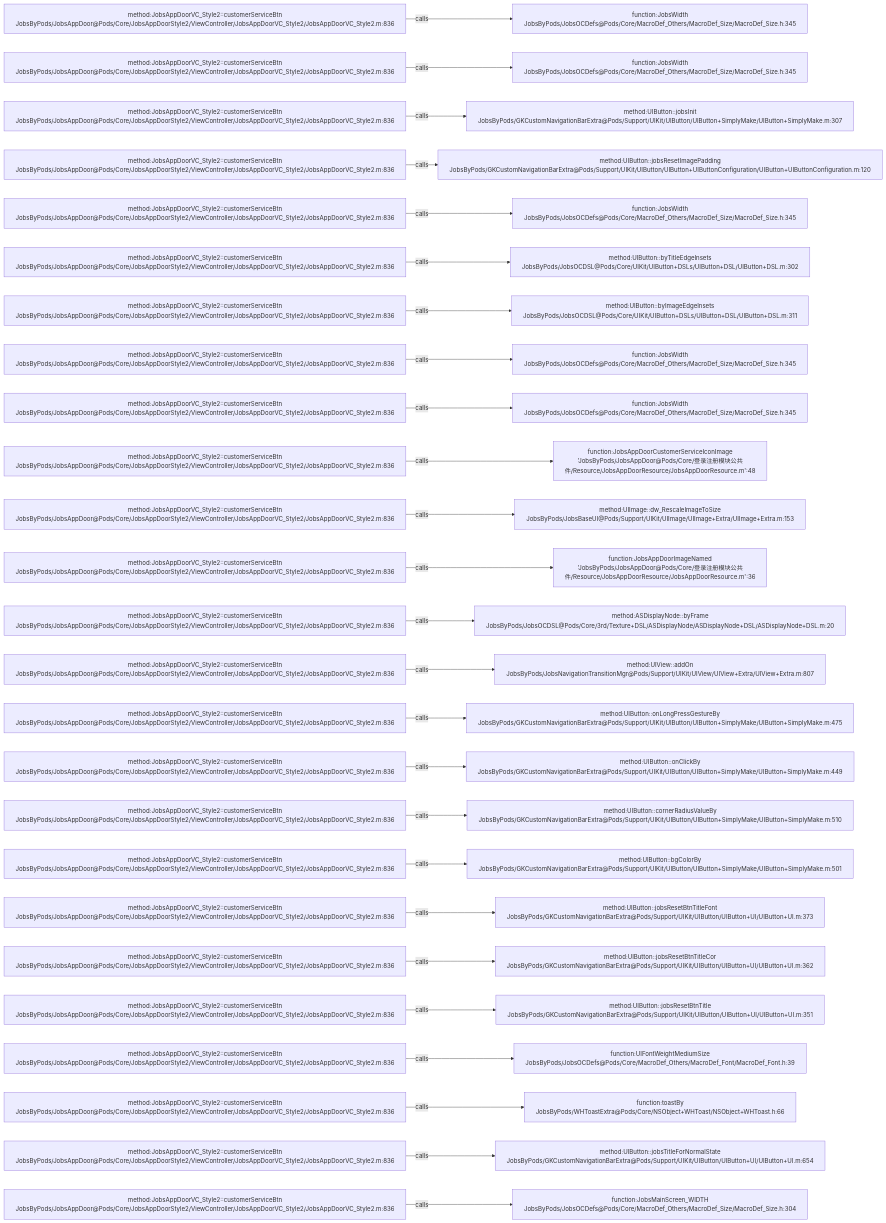
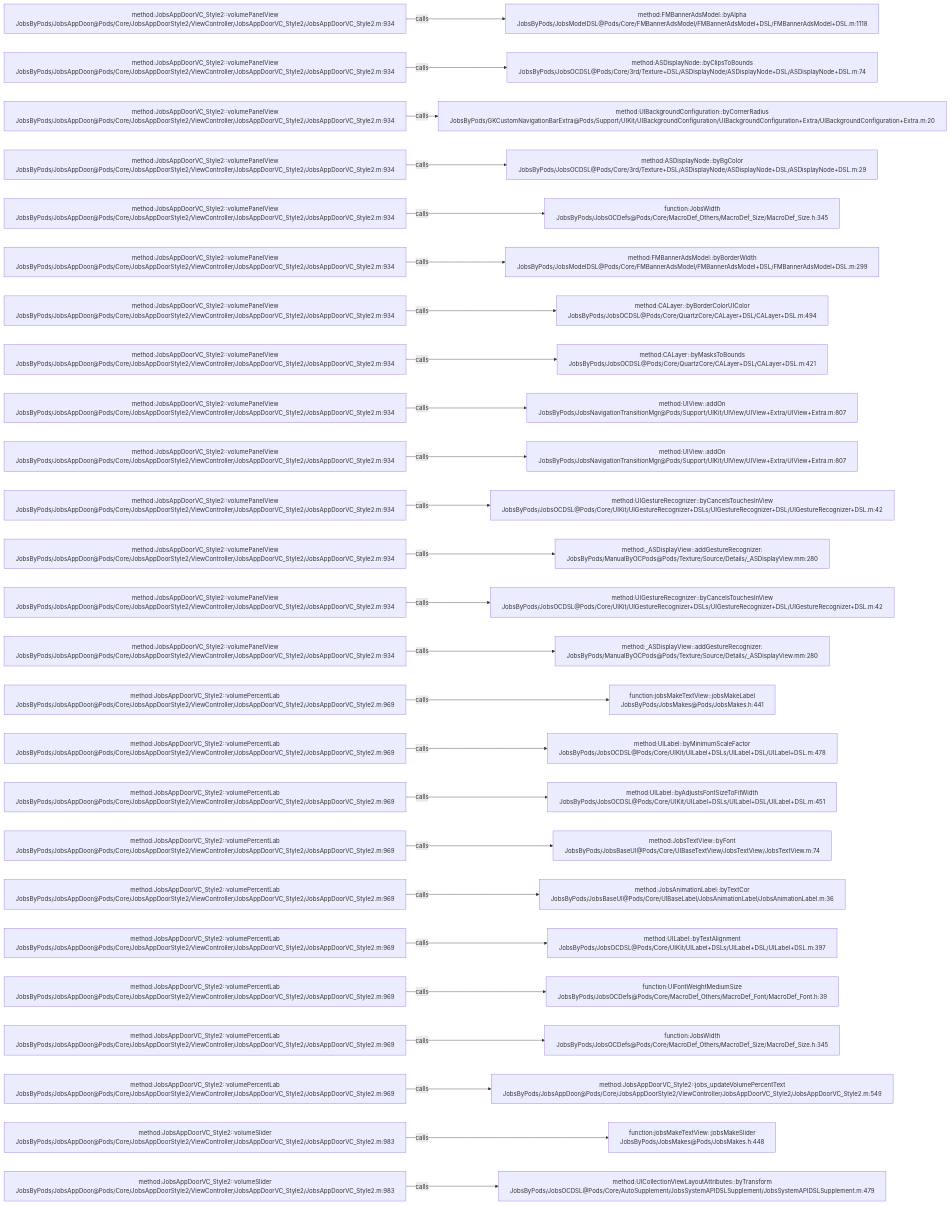
One commit to JobsKits/JobsOCBaseConfigDemo changed the diagram in .codegraph/codegraph.md/graphs/calls-146.md. Above: the diagram before and after it, drawn with Mermaid. The commit also changed 223 other files, not shown here.

````diff
--- a/.codegraph/codegraph.md/graphs/calls-146.md
+++ b/.codegraph/codegraph.md/graphs/calls-146.md
@@ -13,78 +13,78 @@
 ```mermaid
 flowchart LR
-  S1["method:JobsAppDoorVC_Style2::customerServiceBtn<br/>JobsByPods/JobsAppDoor@Pods/Core/JobsAppDoorStyle2/ViewController/JobsAppDoorVC_Style2/JobsAppDoorVC_Style2.m:836"]
-  T1["function:JobsWidth<br/>JobsByPods/JobsOCDefs@Pods/Core/MacroDef_Others/MacroDef_Size/MacroDef_Size.h:345"]
+  S1["method:JobsAppDoorVC_Style2::volumePanelView<br/>JobsByPods/JobsAppDoor@Pods/Core/JobsAppDoorStyle2/ViewController/JobsAppDoorVC_Style2/JobsAppDoorVC_Style2.m:934"]
+  T1["method:FMBannerAdsModel::byAlpha<br/>JobsByPods/JobsModelDSL@Pods/Core/FMBannerAdsModel/FMBannerAdsModel+DSL/FMBannerAdsModel+DSL.m:1118"]
   S1 -->|calls| T1
-  S2["method:JobsAppDoorVC_Style2::customerServiceBtn<br/>JobsByPods/JobsAppDoor@Pods/Core/JobsAppDoorStyle2/ViewController/JobsAppDoorVC_Style2/JobsAppDoorVC_Style2.m:836"]
-  T2["function:JobsWidth<br/>JobsByPods/JobsOCDefs@Pods/Core/MacroDef_Others/MacroDef_Size/MacroDef_Size.h:345"]
+  S2["method:JobsAppDoorVC_Style2::volumePanelView<br/>JobsByPods/JobsAppDoor@Pods/Core/JobsAppDoorStyle2/ViewController/JobsAppDoorVC_Style2/JobsAppDoorVC_Style2.m:934"]
+  T2["method:ASDisplayNode::byClipsToBounds<br/>JobsByPods/JobsOCDSL@Pods/Core/3rd/Texture+DSL/ASDisplayNode/ASDisplayNode+DSL/ASDisplayNode+DSL.m:74"]
   S2 -->|calls| T2
-  S3["method:JobsAppDoorVC_Style2::customerServiceBtn<br/>JobsByPods/JobsAppDoor@Pods/Core/JobsAppDoorStyle2/ViewController/JobsAppDoorVC_Style2/JobsAppDoorVC_Style2.m:836"]
-  T3["method:UIButton::jobsInit<br/>JobsByPods/GKCustomNavigationBarExtra@Pods/Support/UIKit/UIButton/UIButton+SimplyMake/UIButton+SimplyMake.m:307"]
+  S3["method:JobsAppDoorVC_Style2::volumePanelView<br/>JobsByPods/JobsAppDoor@Pods/Core/JobsAppDoorStyle2/ViewController/JobsAppDoorVC_Style2/JobsAppDoorVC_Style2.m:934"]
+  T3["method:UIBackgroundConfiguration::byCornerRadius<br/>JobsByPods/GKCustomNavigationBarExtra@Pods/Support/UIKit/UIBackgroundConfiguration/UIBackgroundConfiguration+Extra/UIBackgroundConfiguration+Extra.m:20"]
   S3 -->|calls| T3
-  S4["method:JobsAppDoorVC_Style2::customerServiceBtn<br/>JobsByPods/JobsAppDoor@Pods/Core/JobsAppDoorStyle2/ViewController/JobsAppDoorVC_Style2/JobsAppDoorVC_Style2.m:836"]
-  T4["method:UIButton::jobsResetImagePadding<br/>JobsByPods/GKCustomNavigationBarExtra@Pods/Support/UIKit/UIButton/UIButton+UIButtonConfiguration/UIButton+UIButtonConfiguration.m:120"]
+  S4["method:JobsAppDoorVC_Style2::volumePanelView<br/>JobsByPods/JobsAppDoor@Pods/Core/JobsAppDoorStyle2/ViewController/JobsAppDoorVC_Style2/JobsAppDoorVC_Style2.m:934"]
+  T4["method:ASDisplayNode::byBgColor<br/>JobsByPods/JobsOCDSL@Pods/Core/3rd/Texture+DSL/ASDisplayNode/ASDisplayNode+DSL/ASDisplayNode+DSL.m:29"]
   S4 -->|calls| T4
-  S5["method:JobsAppDoorVC_Style2::customerServiceBtn<br/>JobsByPods/JobsAppDoor@Pods/Core/JobsAppDoorStyle2/ViewController/JobsAppDoorVC_Style2/JobsAppDoorVC_Style2.m:836"]
+  S5["method:JobsAppDoorVC_Style2::volumePanelView<br/>JobsByPods/JobsAppDoor@Pods/Core/JobsAppDoorStyle2/ViewController/JobsAppDoorVC_Style2/JobsAppDoorVC_Style2.m:934"]
   T5["function:JobsWidth<br/>JobsByPods/JobsOCDefs@Pods/Core/MacroDef_Others/MacroDef_Size/MacroDef_Size.h:345"]
   S5 -->|calls| T5
-  S6["method:JobsAppDoorVC_Style2::customerServiceBtn<br/>JobsByPods/JobsAppDoor@Pods/Core/JobsAppDoorStyle2/ViewController/JobsAppDoorVC_Style2/JobsAppDoorVC_Style2.m:836"]
-  T6["method:UIButton::byTitleEdgeInsets<br/>JobsByPods/JobsOCDSL@Pods/Core/UIKit/UIButton+DSLs/UIButton+DSL/UIButton+DSL.m:302"]
+  S6["method:JobsAppDoorVC_Style2::volumePanelView<br/>JobsByPods/JobsAppDoor@Pods/Core/JobsAppDoorStyle2/ViewController/JobsAppDoorVC_Style2/JobsAppDoorVC_Style2.m:934"]
+  T6["method:FMBannerAdsModel::byBorderWidth<br/>JobsByPods/JobsModelDSL@Pods/Core/FMBannerAdsModel/FMBannerAdsModel+DSL/FMBannerAdsModel+DSL.m:299"]
   S6 -->|calls| T6
-  S7["method:JobsAppDoorVC_Style2::customerServiceBtn<br/>JobsByPods/JobsAppDoor@Pods/Core/JobsAppDoorStyle2/ViewController/JobsAppDoorVC_Style2/JobsAppDoorVC_Style2.m:836"]
-  T7["method:UIButton::byImageEdgeInsets<br/>JobsByPods/JobsOCDSL@Pods/Core/UIKit/UIButton+DSLs/UIButton+DSL/UIButton+DSL.m:311"]
+  S7["method:JobsAppDoorVC_Style2::volumePanelView<br/>JobsByPods/JobsAppDoor@Pods/Core/JobsAppDoorStyle2/ViewController/JobsAppDoorVC_Style2/JobsAppDoorVC_Style2.m:934"]
+  T7["method:CALayer::byBorderColorUIColor<br/>JobsByPods/JobsOCDSL@Pods/Core/QuartzCore/CALayer+DSL/CALayer+DSL.m:494"]
   S7 -->|calls| T7
-  S8["method:JobsAppDoorVC_Style2::customerServiceBtn<br/>JobsByPods/JobsAppDoor@Pods/Core/JobsAppDoorStyle2/ViewController/JobsAppDoorVC_Style2/JobsAppDoorVC_Style2.m:836"]
-  T8["function:JobsWidth<br/>JobsByPods/JobsOCDefs@Pods/Core/MacroDef_Others/MacroDef_Size/MacroDef_Size.h:345"]
+  S8["method:JobsAppDoorVC_Style2::volumePanelView<br/>JobsByPods/JobsAppDoor@Pods/Core/JobsAppDoorStyle2/ViewController/JobsAppDoorVC_Style2/JobsAppDoorVC_Style2.m:934"]
+  T8["method:CALayer::byMasksToBounds<br/>JobsByPods/JobsOCDSL@Pods/Core/QuartzCore/CALayer+DSL/CALayer+DSL.m:421"]
   S8 -->|calls| T8
-  S9["method:JobsAppDoorVC_Style2::customerServiceBtn<br/>JobsByPods/JobsAppDoor@Pods/Core/JobsAppDoorStyle2/ViewController/JobsAppDoorVC_Style2/JobsAppDoorVC_Style2.m:836"]
-  T9["function:JobsWidth<br/>JobsByPods/JobsOCDefs@Pods/Core/MacroDef_Others/MacroDef_Size/MacroDef_Size.h:345"]
+  S9["method:JobsAppDoorVC_Style2::volumePanelView<br/>JobsByPods/JobsAppDoor@Pods/Core/JobsAppDoorStyle2/ViewController/JobsAppDoorVC_Style2/JobsAppDoorVC_Style2.m:934"]
+  T9["method:UIView::addOn<br/>JobsByPods/JobsNavigationTransitionMgr@Pods/Support/UIKit/UIView/UIView+Extra/UIView+Extra.m:807"]
   S9 -->|calls| T9
-  S10["method:JobsAppDoorVC_Style2::customerServiceBtn<br/>JobsByPods/JobsAppDoor@Pods/Core/JobsAppDoorStyle2/ViewController/JobsAppDoorVC_Style2/JobsAppDoorVC_Style2.m:836"]
-  T10["function:JobsAppDoorCustomerServiceIconImage<br/>'JobsByPods/JobsAppDoor@Pods/Core/登录注册模块公共件/Resource/JobsAppDoorResource/JobsAppDoorResource.m':48"]
+  S10["method:JobsAppDoorVC_Style2::volumePanelView<br/>JobsByPods/JobsAppDoor@Pods/Core/JobsAppDoorStyle2/ViewController/JobsAppDoorVC_Style2/JobsAppDoorVC_Style2.m:934"]
+  T10["method:UIView::addOn<br/>JobsByPods/JobsNavigationTransitionMgr@Pods/Support/UIKit/UIView/UIView+Extra/UIView+Extra.m:807"]
   S10 -->|calls| T10
-  S11["method:JobsAppDoorVC_Style2::customerServiceBtn<br/>JobsByPods/JobsAppDoor@Pods/Core/JobsAppDoorStyle2/ViewController/JobsAppDoorVC_Style2/JobsAppDoorVC_Style2.m:836"]
-  T11["method:UIImage::dw_RescaleImageToSize<br/>JobsByPods/JobsBaseUI@Pods/Support/UIKit/UIImage/UIImage+Extra/UIImage+Extra.m:153"]
+  S11["method:JobsAppDoorVC_Style2::volumePanelView<br/>JobsByPods/JobsAppDoor@Pods/Core/JobsAppDoorStyle2/ViewController/JobsAppDoorVC_Style2/JobsAppDoorVC_Style2.m:934"]
+  T11["method:UIGestureRecognizer::byCancelsTouchesInView<br/>JobsByPods/JobsOCDSL@Pods/Core/UIKit/UIGestureRecognizer+DSLs/UIGestureRecognizer+DSL/UIGestureRecognizer+DSL.m:42"]
   S11 -->|calls| T11
-  S12["method:JobsAppDoorVC_Style2::customerServiceBtn<br/>JobsByPods/JobsAppDoor@Pods/Core/JobsAppDoorStyle2/ViewController/JobsAppDoorVC_Style2/JobsAppDoorVC_Style2.m:836"]
-  T12["function:JobsAppDoorImageNamed<br/>'JobsByPods/JobsAppDoor@Pods/Core/登录注册模块公共件/Resource/JobsAppDoorResource/JobsAppDoorResource.m':36"]
+  S12["method:JobsAppDoorVC_Style2::volumePanelView<br/>JobsByPods/JobsAppDoor@Pods/Core/JobsAppDoorStyle2/ViewController/JobsAppDoorVC_Style2/JobsAppDoorVC_Style2.m:934"]
+  T12["method:_ASDisplayView::addGestureRecognizer:<br/>JobsByPods/ManualByOCPods@Pods/Texture/Source/Details/_ASDisplayView.mm:280"]
   S12 -->|calls| T12
-  S13["method:JobsAppDoorVC_Style2::customerServiceBtn<br/>JobsByPods/JobsAppDoor@Pods/Core/JobsAppDoorStyle2/ViewController/JobsAppDoorVC_Style2/JobsAppDoorVC_Style2.m:836"]
-  T13["method:ASDisplayNode::byFrame<br/>JobsByPods/JobsOCDSL@Pods/Core/3rd/Texture+DSL/ASDisplayNode/ASDisplayNode+DSL/ASDisplayNode+DSL.m:20"]
+  S13["method:JobsAppDoorVC_Style2::volumePanelView<br/>JobsByPods/JobsAppDoor@Pods/Core/JobsAppDoorStyle2/ViewController/JobsAppDoorVC_Style2/JobsAppDoorVC_Style2.m:934"]
+  T13["method:UIGestureRecognizer::byCancelsTouchesInView<br/>JobsByPods/JobsOCDSL@Pods/Core/UIKit/UIGestureRecognizer+DSLs/UIGestureRecognizer+DSL/UIGestureRecognizer+DSL.m:42"]
   S13 -->|calls| T13
-  S14["method:JobsAppDoorVC_Style2::customerServiceBtn<br/>JobsByPods/JobsAppDoor@Pods/Core/JobsAppDoorStyle2/ViewController/JobsAppDoorVC_Style2/JobsAppDoorVC_Style2.m:836"]
-  T14["method:UIView::addOn<br/>JobsByPods/JobsNavigationTransitionMgr@Pods/Support/UIKit/UIView/UIView+Extra/UIView+Extra.m:807"]
+  S14["method:JobsAppDoorVC_Style2::volumePanelView<br/>JobsByPods/JobsAppDoor@Pods/Core/JobsAppDoorStyle2/ViewController/JobsAppDoorVC_Style2/JobsAppDoorVC_Style2.m:934"]
+  T14["method:_ASDisplayView::addGestureRecognizer:<br/>JobsByPods/ManualByOCPods@Pods/Texture/Source/Details/_ASDisplayView.mm:280"]
   S14 -->|calls| T14
-  S15["method:JobsAppDoorVC_Style2::customerServiceBtn<br/>JobsByPods/JobsAppDoor@Pods/Core/JobsAppDoorStyle2/ViewController/JobsAppDoorVC_Style2/JobsAppDoorVC_Style2.m:836"]
-  T15["method:UIButton::onLongPressGestureBy<br/>JobsByPods/GKCustomNavigationBarExtra@Pods/Support/UIKit/UIButton/UIButton+SimplyMake/UIButton+SimplyMake.m:475"]
+  S15["method:JobsAppDoorVC_Style2::volumePercentLab<br/>JobsByPods/JobsAppDoor@Pods/Core/JobsAppDoorStyle2/ViewController/JobsAppDoorVC_Style2/JobsAppDoorVC_Style2.m:969"]
+  T15["function:jobsMakeTextView::jobsMakeLabel<br/>JobsByPods/JobsMakes@Pods/JobsMakes.h:441"]
   S15 -->|calls| T15
-  S16["method:JobsAppDoorVC_Style2::customerServiceBtn<br/>JobsByPods/JobsAppDoor@Pods/Core/JobsAppDoorStyle2/ViewController/JobsAppDoorVC_Style2/JobsAppDoorVC_Style2.m:836"]
-  T16["method:UIButton::onClickBy<br/>JobsByPods/GKCustomNavigationBarExtra@Pods/Support/UIKit/UIButton/UIButton+SimplyMake/UIButton+SimplyMake.m:449"]
+  S16["method:JobsAppDoorVC_Style2::volumePercentLab<br/>JobsByPods/JobsAppDoor@Pods/Core/JobsAppDoorStyle2/ViewController/JobsAppDoorVC_Style2/JobsAppDoorVC_Style2.m:969"]
+  T16["method:UILabel::byMinimumScaleFactor<br/>JobsByPods/JobsOCDSL@Pods/Core/UIKit/UILabel+DSLs/UILabel+DSL/UILabel+DSL.m:478"]
   S16 -->|calls| T16
-  S17["method:JobsAppDoorVC_Style2::customerServiceBtn<br/>JobsByPods/JobsAppDoor@Pods/Core/JobsAppDoorStyle2/ViewController/JobsAppDoorVC_Style2/JobsAppDoorVC_Style2.m:836"]
-  T17["method:UIButton::cornerRadiusValueBy<br/>JobsByPods/GKCustomNavigationBarExtra@Pods/Support/UIKit/UIButton/UIButton+SimplyMake/UIButton+SimplyMake.m:510"]
+  S17["method:JobsAppDoorVC_Style2::volumePercentLab<br/>JobsByPods/JobsAppDoor@Pods/Core/JobsAppDoorStyle2/ViewController/JobsAppDoorVC_Style2/JobsAppDoorVC_Style2.m:969"]
+  T17["method:UILabel::byAdjustsFontSizeToFitWidth<br/>JobsByPods/JobsOCDSL@Pods/Core/UIKit/UILabel+DSLs/UILabel+DSL/UILabel+DSL.m:451"]
   S17 -->|calls| T17
-  S18["method:JobsAppDoorVC_Style2::customerServiceBtn<br/>JobsByPods/JobsAppDoor@Pods/Core/JobsAppDoorStyle2/ViewController/JobsAppDoorVC_Style2/JobsAppDoorVC_Style2.m:836"]
-  T18["method:UIButton::bgColorBy<br/>JobsByPods/GKCustomNavigationBarExtra@Pods/Support/UIKit/UIButton/UIButton+SimplyMake/UIButton+SimplyMake.m:501"]
+  S18["method:JobsAppDoorVC_Style2::volumePercentLab<br/>JobsByPods/JobsAppDoor@Pods/Core/JobsAppDoorStyle2/ViewController/JobsAppDoorVC_Style2/JobsAppDoorVC_Style2.m:969"]
+  T18["method:JobsTextView::byFont<br/>JobsByPods/JobsBaseUI@Pods/Core/UIBaseTextView/JobsTextView/JobsTextView.m:74"]
   S18 -->|calls| T18
-  S19["method:JobsAppDoorVC_Style2::customerServiceBtn<br/>JobsByPods/JobsAppDoor@Pods/Core/JobsAppDoorStyle2/ViewController/JobsAppDoorVC_Style2/JobsAppDoorVC_Style2.m:836"]
-  T19["method:UIButton::jobsResetBtnTitleFont<br/>JobsByPods/GKCustomNavigationBarExtra@Pods/Support/UIKit/UIButton/UIButton+UI/UIButton+UI.m:373"]
+  S19["method:JobsAppDoorVC_Style2::volumePercentLab<br/>JobsByPods/JobsAppDoor@Pods/Core/JobsAppDoorStyle2/ViewController/JobsAppDoorVC_Style2/JobsAppDoorVC_Style2.m:969"]
+  T19["method:JobsAnimationLabel::byTextCor<br/>JobsByPods/JobsBaseUI@Pods/Core/UIBaseLabel/JobsAnimationLabel/JobsAnimationLabel.m:36"]
   S19 -->|calls| T19
-  S20["method:JobsAppDoorVC_Style2::customerServiceBtn<br/>JobsByPods/JobsAppDoor@Pods/Core/JobsAppDoorStyle2/ViewController/JobsAppDoorVC_Style2/JobsAppDoorVC_Style2.m:836"]
-  T20["method:UIButton::jobsResetBtnTitleCor<br/>JobsByPods/GKCustomNavigationBarExtra@Pods/Support/UIKit/UIButton/UIButton+UI/UIButton+UI.m:362"]
+  S20["method:JobsAppDoorVC_Style2::volumePercentLab<br/>JobsByPods/JobsAppDoor@Pods/Core/JobsAppDoorStyle2/ViewController/JobsAppDoorVC_Style2/JobsAppDoorVC_Style2.m:969"]
+  T20["method:UILabel::byTextAlignment<br/>JobsByPods/JobsOCDSL@Pods/Core/UIKit/UILabel+DSLs/UILabel+DSL/UILabel+DSL.m:397"]
   S20 -->|calls| T20
-  S21["method:JobsAppDoorVC_Style2::customerServiceBtn<br/>JobsByPods/JobsAppDoor@Pods/Core/JobsAppDoorStyle2/ViewController/JobsAppDoorVC_Style2/JobsAppDoorVC_Style2.m:836"]
-  T21["method:UIButton::jobsResetBtnTitle<br/>JobsByPods/GKCustomNavigationBarExtra@Pods/Support/UIKit/UIButton/UIButton+UI/UIButton+UI.m:351"]
+  S21["method:JobsAppDoorVC_Style2::volumePercentLab<br/>JobsByPods/JobsAppDoor@Pods/Core/JobsAppDoorStyle2/ViewController/JobsAppDoorVC_Style2/JobsAppDoorVC_Style2.m:969"]
+  T21["function:UIFontWeightMediumSize<br/>JobsByPods/JobsOCDefs@Pods/Core/MacroDef_Others/MacroDef_Font/MacroDef_Font.h:39"]
   S21 -->|calls| T21
-  S22["method:JobsAppDoorVC_Style2::customerServiceBtn<br/>JobsByPods/JobsAppDoor@Pods/Core/JobsAppDoorStyle2/ViewController/JobsAppDoorVC_Style2/JobsAppDoorVC_Style2.m:836"]
-  T22["function:UIFontWeightMediumSize<br/>JobsByPods/JobsOCDefs@Pods/Core/MacroDef_Others/MacroDef_Font/MacroDef_Font.h:39"]
+  S22["method:JobsAppDoorVC_Style2::volumePercentLab<br/>JobsByPods/JobsAppDoor@Pods/Core/JobsAppDoorStyle2/ViewController/JobsAppDoorVC_Style2/JobsAppDoorVC_Style2.m:969"]
+  T22["function:JobsWidth<br/>JobsByPods/JobsOCDefs@Pods/Core/MacroDef_Others/MacroDef_Size/MacroDef_Size.h:345"]
   S22 -->|calls| T22
-  S23["method:JobsAppDoorVC_Style2::customerServiceBtn<br/>JobsByPods/JobsAppDoor@Pods/Core/JobsAppDoorStyle2/ViewController/JobsAppDoorVC_Style2/JobsAppDoorVC_Style2.m:836"]
-  T23["function:toastBy<br/>JobsByPods/WHToastExtra@Pods/Core/NSObject+WHToast/NSObject+WHToast.h:66"]
+  S23["method:JobsAppDoorVC_Style2::volumePercentLab<br/>JobsByPods/JobsAppDoor@Pods/Core/JobsAppDoorStyle2/ViewController/JobsAppDoorVC_Style2/JobsAppDoorVC_Style2.m:969"]
+  T23["method:JobsAppDoorVC_Style2::jobs_updateVolumePercentText<br/>JobsByPods/JobsAppDoor@Pods/Core/JobsAppDoorStyle2/ViewController/JobsAppDoorVC_Style2/JobsAppDoorVC_Style2.m:549"]
   S23 -->|calls| T23
-  S24["method:JobsAppDoorVC_Style2::customerServiceBtn<br/>JobsByPods/JobsAppDoor@Pods/Core/JobsAppDoorStyle2/ViewController/JobsAppDoorVC_Style2/JobsAppDoorVC_Style2.m:836"]
-  T24["method:UIButton::jobsTitleForNormalState<br/>JobsByPods/GKCustomNavigationBarExtra@Pods/Support/UIKit/UIButton/UIButton+UI/UIButton+UI.m:654"]
+  S24["method:JobsAppDoorVC_Style2::volumeSlider<br/>JobsByPods/JobsAppDoor@Pods/Core/JobsAppDoorStyle2/ViewController/JobsAppDoorVC_Style2/JobsAppDoorVC_Style2.m:983"]
+  T24["function:jobsMakeTextView::jobsMakeSlider<br/>JobsByPods/JobsMakes@Pods/JobsMakes.h:448"]
   S24 -->|calls| T24
-  S25["method:JobsAppDoorVC_Style2::customerServiceBtn<br/>JobsByPods/JobsAppDoor@Pods/Core/JobsAppDoorStyle2/ViewController/JobsAppDoorVC_Style2/JobsAppDoorVC_Style2.m:836"]
-  T25["function:JobsMainScreen_WIDTH<br/>JobsByPods/JobsOCDefs@Pods/Core/MacroDef_Others/MacroDef_Size/MacroDef_Size.h:304"]
+  S25["method:JobsAppDoorVC_Style2::volumeSlider<br/>JobsByPods/JobsAppDoor@Pods/Core/JobsAppDoorStyle2/ViewController/JobsAppDoorVC_Style2/JobsAppDoorVC_Style2.m:983"]
+  T25["method:UICollectionViewLayoutAttributes::byTransform<br/>JobsByPods/JobsOCDSL@Pods/Core/AutoSupplement/JobsSystemAPIDSLSupplement/JobsSystemAPIDSLSupplement.m:479"]
   S25 -->|calls| T25
 ```
````
